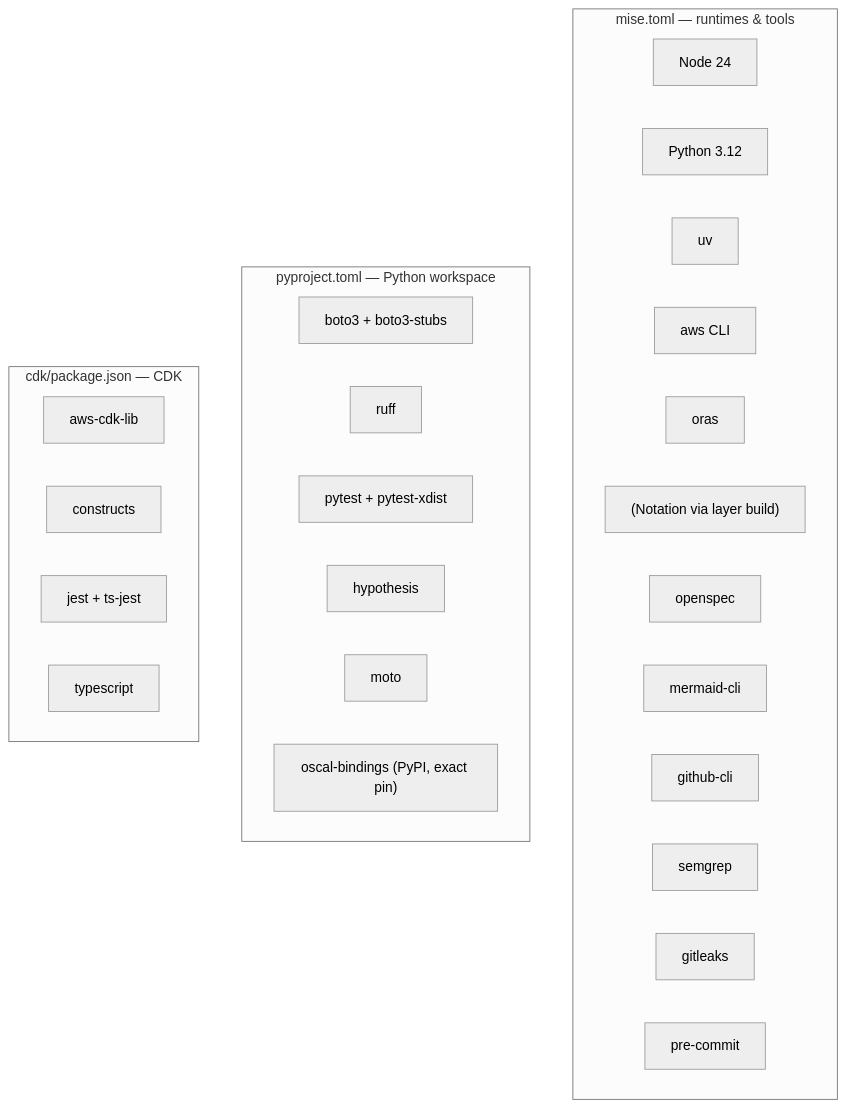
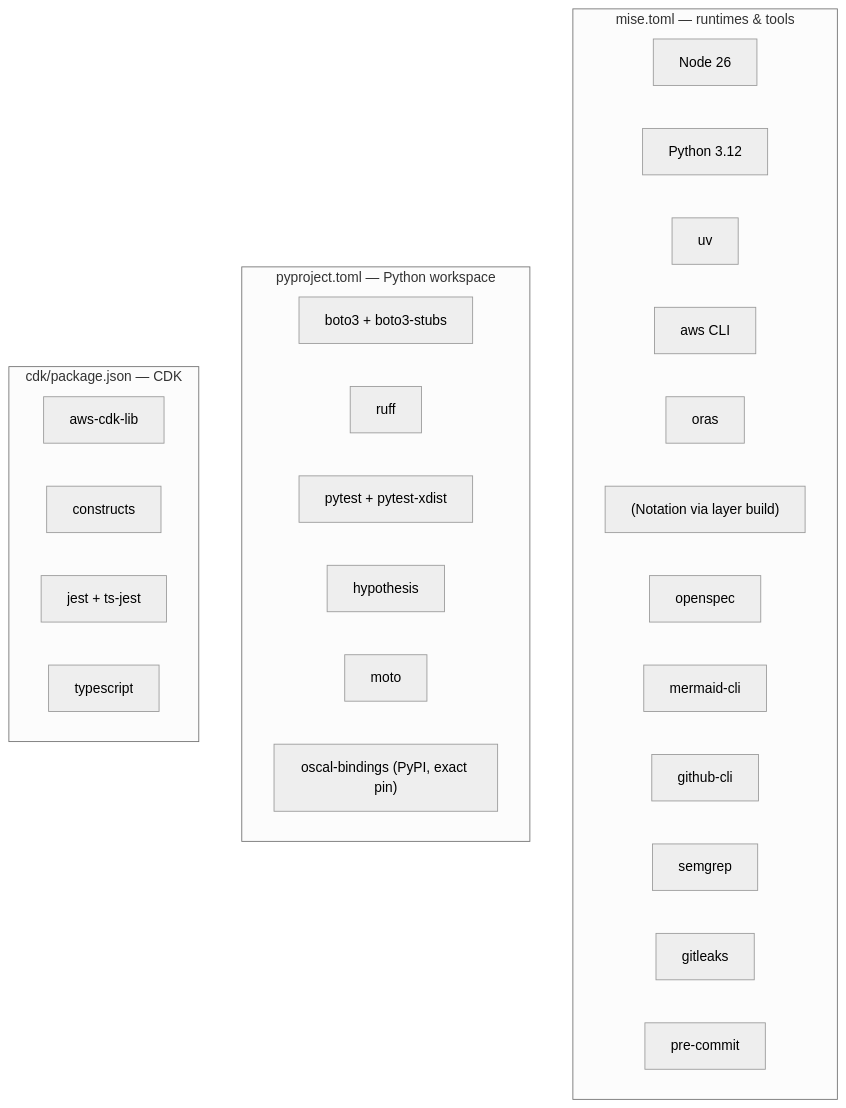
One commit to cairn-proofs/cairn-proofs changed the first of 2 diagrams in docs/summary/dependencies.md. Above: the diagram before and after it, drawn with Mermaid (neutral theme). The commit also changed 65 other files, not shown here.

````diff
--- a/docs/summary/dependencies.md
+++ b/docs/summary/dependencies.md
@@ -10,31 +10,31 @@
 ```mermaid
 graph TB
     subgraph Toolchain["mise.toml — runtimes & tools"]
-        NODE["Node 24"]
+        NODE["Node 26"]
         PY["Python 3.12"]
         UV["uv"]
         AWSCLI["aws CLI"]
         ORAS["oras"]
         NOT["(Notation via layer build)"]
         OSPEC["openspec"]
         MMDC["mermaid-cli"]
         GH["github-cli"]
         SG["semgrep"]
         GL["gitleaks"]
         PC["pre-commit"]
     end
     subgraph Python["pyproject.toml — Python workspace"]
         BOTO["boto3 + boto3-stubs"]
         RUFF["ruff"]
         PYTEST["pytest + pytest-xdist"]
         HYP["hypothesis"]
         MOTO["moto"]
         OSCALSDK["oscal-bindings (PyPI, exact pin)"]
     end
     subgraph CDKdeps["cdk/package.json — CDK"]
         CDKLIB["aws-cdk-lib"]
         CONSTRUCTS["constructs"]
         JEST["jest + ts-jest"]
         TS["typescript"]
     end
 ```
````
